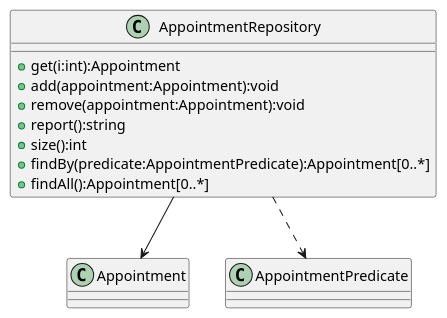
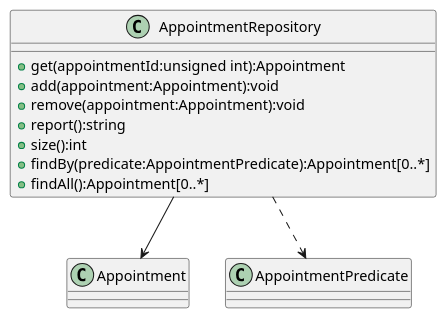
One commit to Azex784/MedicalClinic changed the diagram in uml/repositories/appointmentRepository.puml. Above: the diagram before and after it, drawn with PlantUML. The commit also changed 20 other files, not shown here.

Commit message:
Refaktoryzacja diagramu, by bardziej odzwierciedlała centrum rehabilitacji

```diff
--- a/uml/repositories/appointmentRepository.puml
+++ b/uml/repositories/appointmentRepository.puml
@@ -1,16 +1,16 @@
 @startuml
 
 class AppointmentRepository{
-+get(i:int):Appointment
++get(appointmentId:unsigned int):Appointment
 +add(appointment:Appointment):void
 +remove(appointment:Appointment):void
 +report():string
 +size():int
 +findBy(predicate:AppointmentPredicate):Appointment[0..*]
 +findAll():Appointment[0..*]
 }
 
 AppointmentRepository -->  Appointment
 AppointmentRepository ..>  AppointmentPredicate
 
 @enduml
```
